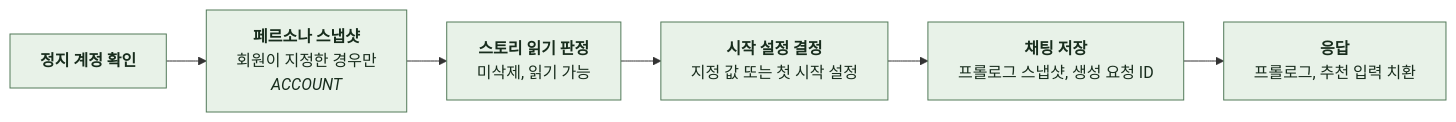
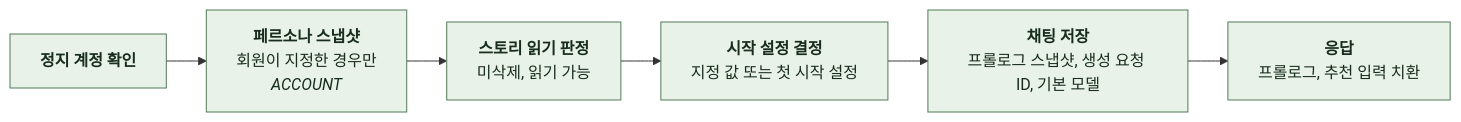
The first of 15 diagrams in docs/domain/CHAT/BACKEND/4-1-PIPELINES.md (KIM-N-KANG/knk-harness), drawn with Mermaid before and after one commit. The commit also changed other lines of this file and 27 other files, not shown here.

````diff
--- a/docs/domain/CHAT/BACKEND/4-1-PIPELINES.md
+++ b/docs/domain/CHAT/BACKEND/4-1-PIPELINES.md
@@ -57,17 +57,17 @@
 ```mermaid
 %%{init: {"flowchart": {"curve": "basis", "nodeSpacing": 24, "rankSpacing": 40}}}%%
 flowchart LR
     A["`**정지 계정 확인**`"] --> B["`**페르소나 스냅샷**
 회원이 지정한 경우만
 *ACCOUNT*`"]
     B --> C["`**스토리 읽기 판정**
 미삭제, 읽기 가능`"]
     C --> D["`**시작 설정 결정**
 지정 값 또는 첫 시작 설정`"]
     D --> E["`**채팅 저장**
-프롤로그 스냅샷, 생성 요청 ID`"]
+프롤로그 스냅샷, 생성 요청 ID, 기본 모델`"]
     E --> F["`**응답**
 프롤로그, 추천 입력 치환`"]
     classDef comp fill:#E8F2E8,stroke:#527A59,color:#182D1D
     class A,B,C,D,E,F comp
 ```
````
